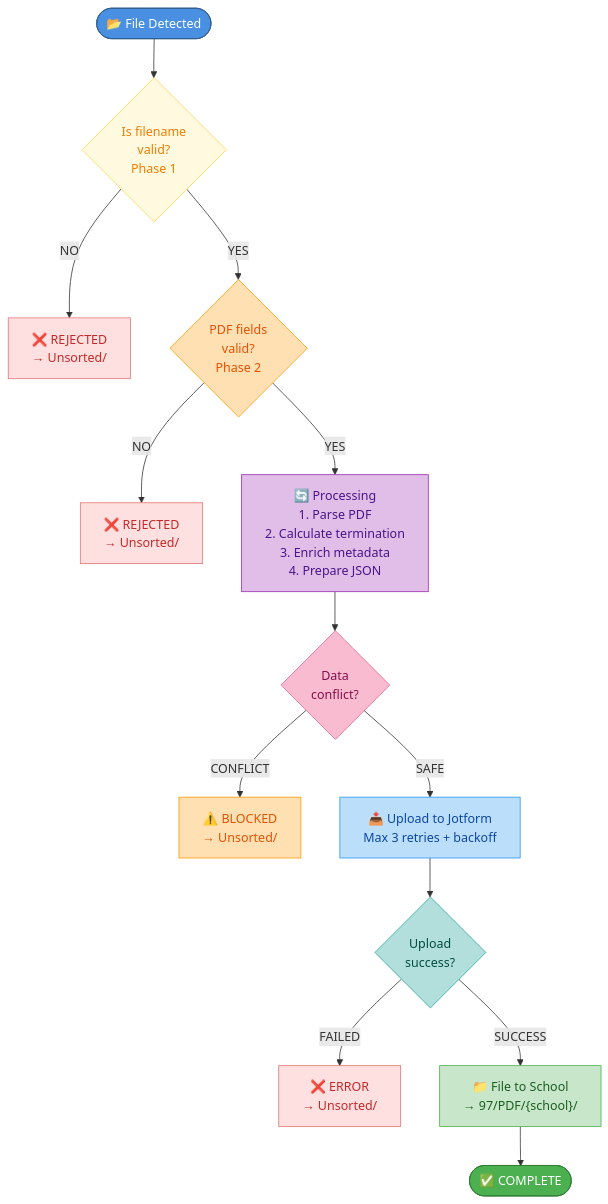
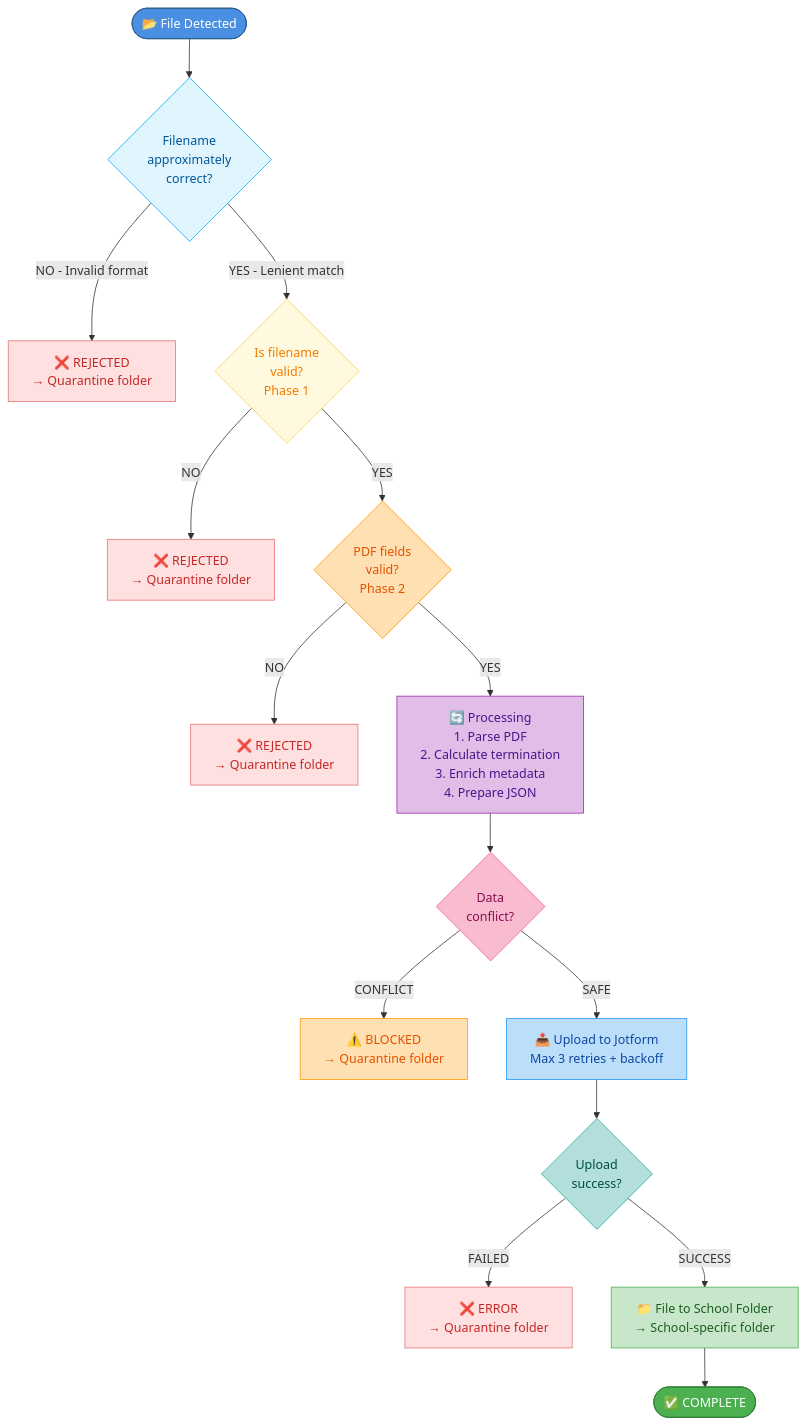
Before and after one commit to herman925/4Set-Server: the third of 4 diagrams in PRDs/assessment_uploader_user_guide_prd.md, drawn with Mermaid. The commit also changed other lines of this file and 1 other file, not shown here.

Commit message:
Fix flowchart terminology, folder paths, log format, and styling issues per feedback

````diff
--- a/PRDs/assessment_uploader_user_guide_prd.md
+++ b/PRDs/assessment_uploader_user_guide_prd.md
@@ -327,36 +327,41 @@
 ```mermaid
 flowchart TD
-    Start([📂 File Detected]) --> Phase1{Is filename<br/>valid?<br/>Phase 1}
+    Start([📂 File Detected]) --> NameCheck{Filename<br/>approximately<br/>correct?}
     
-    Phase1 -->|NO| Reject1[❌ REJECTED<br/>→ Unsorted/]
+    NameCheck -->|NO - Invalid format| Reject1[❌ REJECTED<br/>→ Quarantine folder]
+    NameCheck -->|YES - Lenient match| Phase1{Is filename<br/>valid?<br/>Phase 1}
+    
+    Phase1 -->|NO| Reject2[❌ REJECTED<br/>→ Quarantine folder]
     Phase1 -->|YES| Phase2{PDF fields<br/>valid?<br/>Phase 2}
     
-    Phase2 -->|NO| Reject2[❌ REJECTED<br/>→ Unsorted/]
+    Phase2 -->|NO| Reject3[❌ REJECTED<br/>→ Quarantine folder]
     Phase2 -->|YES| Process[🔄 Processing<br/>1. Parse PDF<br/>2. Calculate termination<br/>3. Enrich metadata<br/>4. Prepare JSON]
     
     Process --> Conflict{Data<br/>conflict?}
     
-    Conflict -->|CONFLICT| Blocked[⚠️ BLOCKED<br/>→ Unsorted/]
+    Conflict -->|CONFLICT| Blocked[⚠️ BLOCKED<br/>→ Quarantine folder]
     Conflict -->|SAFE| Upload[📤 Upload to Jotform<br/>Max 3 retries + backoff]
     
     Upload --> UploadResult{Upload<br/>success?}
     
-    UploadResult -->|FAILED| Error[❌ ERROR<br/>→ Unsorted/]
-    UploadResult -->|SUCCESS| File["📁 File to School<br/>→ 97/PDF/{school}/"]
+    UploadResult -->|FAILED| Error[❌ ERROR<br/>→ Quarantine folder]
+    UploadResult -->|SUCCESS| File["📁 File to School Folder<br/>→ School-specific folder"]
     
     File --> Complete([✅ COMPLETE])
     
     style Start fill:#4A90E2,stroke:#2E5C8A,color:#fff
     style Complete fill:#4CAF50,stroke:#2E7D32,color:#fff
     style Process fill:#E1BEE7,stroke:#9C27B0,color:#4A148C
     style Upload fill:#BBDEFB,stroke:#2196F3,color:#0D47A1
     style File fill:#C8E6C9,stroke:#4CAF50,color:#1B5E20
     style Reject1 fill:#FFE0E0,stroke:#E57373,color:#C62828
     style Reject2 fill:#FFE0E0,stroke:#E57373,color:#C62828
+    style Reject3 fill:#FFE0E0,stroke:#E57373,color:#C62828
     style Blocked fill:#FFE0B2,stroke:#FF9800,color:#E65100
     style Error fill:#FFE0E0,stroke:#E57373,color:#C62828
+    style NameCheck fill:#E1F5FE,stroke:#03A9F4,color:#01579B
     style Phase1 fill:#FFF9E0,stroke:#FFD54F,color:#F57C00
     style Phase2 fill:#FFE0B2,stroke:#FF9800,color:#E65100
     style Conflict fill:#F8BBD0,stroke:#F06292,color:#880E4F
     style UploadResult fill:#B2DFDB,stroke:#26A69A,color:#004D40
 ```
````
